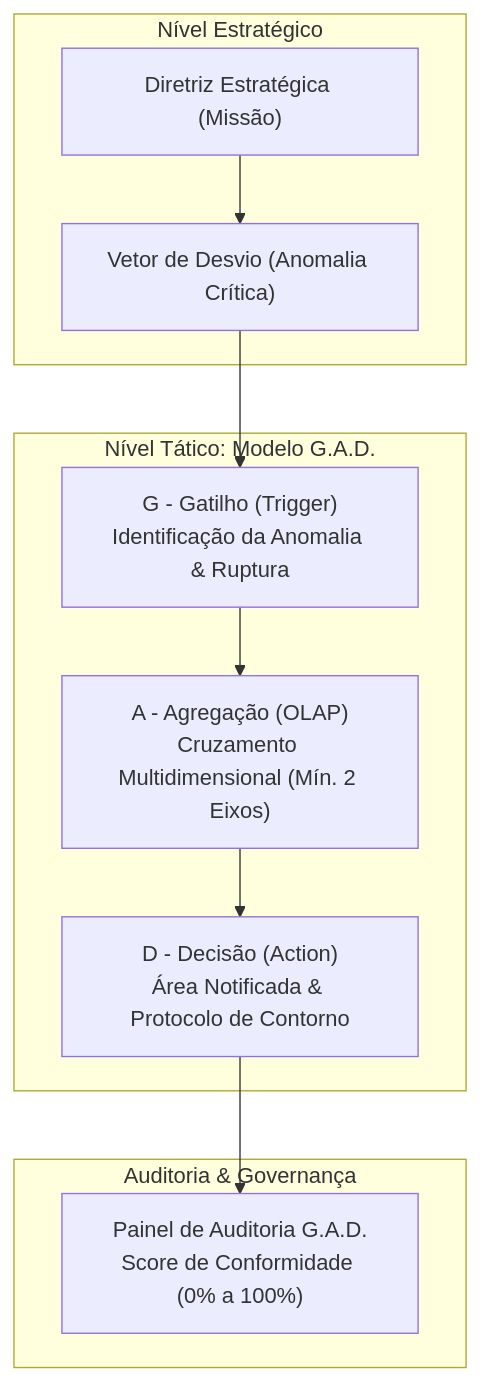
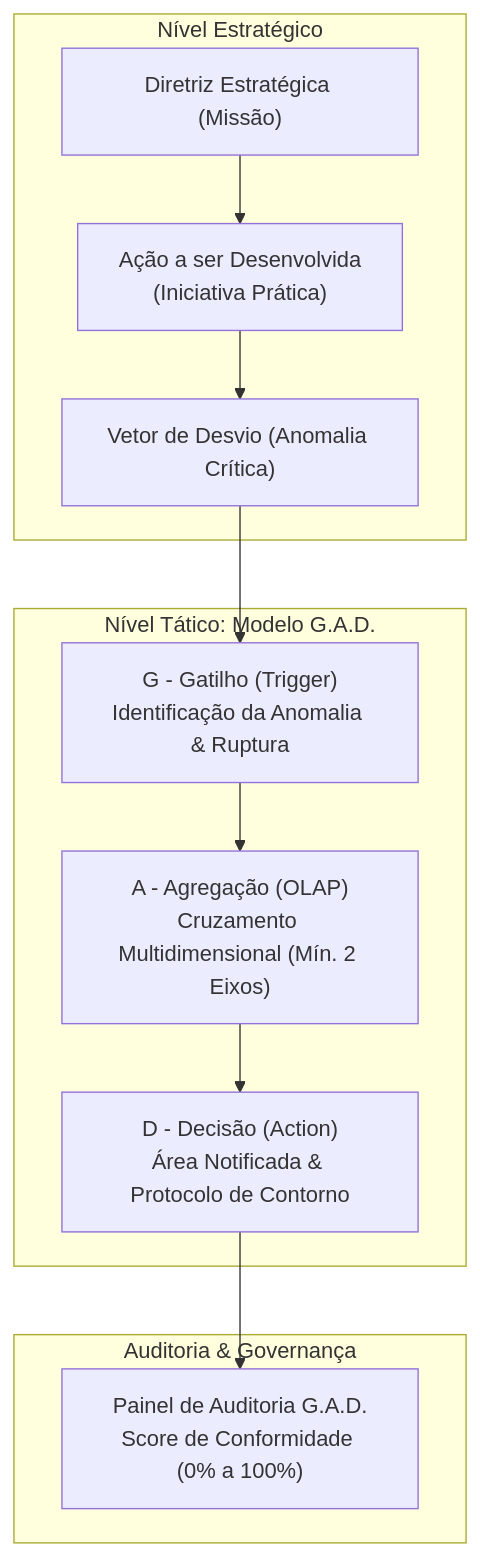
The diagram in docs/guia_estudo_matriz_tatica.md (LeandroNvs/trilha-digital-app), drawn with Mermaid before and after one commit. The commit also changed other lines of this file and 2 other files, not shown here.

Commit message:
feat(tatica): adicionar campo acao a ser desenvolvida e documentacoes de apoio

````diff
--- a/docs/guia_estudo_matriz_tatica.md
+++ b/docs/guia_estudo_matriz_tatica.md
@@ -11,22 +11,24 @@
 ```mermaid
 graph TD
     subgraph "Nível Estratégico"
         M["Diretriz Estratégica (Missão)"]
+        Acao["Ação a ser Desenvolvida<br/>(Iniciativa Prática)"]
         V["Vetor de Desvio (Anomalia Crítica)"]
-        M --> V
+        M --> Acao
+        Acao --> V
     end
 
     subgraph "Nível Tático: Modelo G.A.D."
         G["G - Gatilho (Trigger)<br/>Identificação da Anomalia & Ruptura"]
         A["A - Agregação (OLAP)<br/>Cruzamento Multidimensional (Mín. 2 Eixos)"]
         D["D - Decisão (Action)<br/>Área Notificada & Protocolo de Contorno"]
         V --> G
         G --> A
         A --> D
     end
 
     subgraph "Auditoria & Governança"
         P["Painel de Auditoria G.A.D.<br/>Score de Conformidade (0% a 100%)"]
         D --> P
     end
 ```
````
